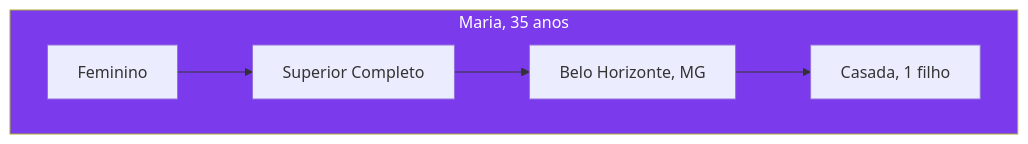
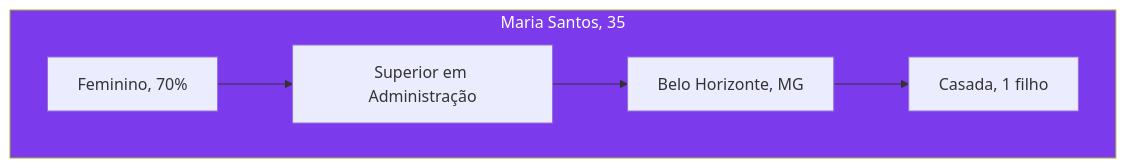
One commit to matheusmendes720/workconnect-tcc changed the fifth of 11 diagrams in documentation/docs/estrategia/personas.mdx. Above: the diagram before and after it, drawn with Mermaid. The commit also changed other lines of this file and 16 other files, not shown here.

````diff
--- a/documentation/docs/estrategia/personas.mdx
+++ b/documentation/docs/estrategia/personas.mdx
@@ -135,10 +163,10 @@
 ```mermaid
 graph TD
-    subgraph PERFIL["Maria, 35 anos"]
-        A["Feminino"] --> B["Superior Completo"]
-        B --> C["Belo Horizonte, MG"]
-        C --> D["Casada, 1 filho"]
+    subgraph PERFIL["Maria Santos, 35"]
+        A[Feminino, 70%] --> B[Superior em Administração]
+        B --> C[Belo Horizonte, MG]
+        C --> D[Casada, 1 filho]
     end
-    
+
     style PERFIL fill:#7c3aed,color:#fff
 ```
````
